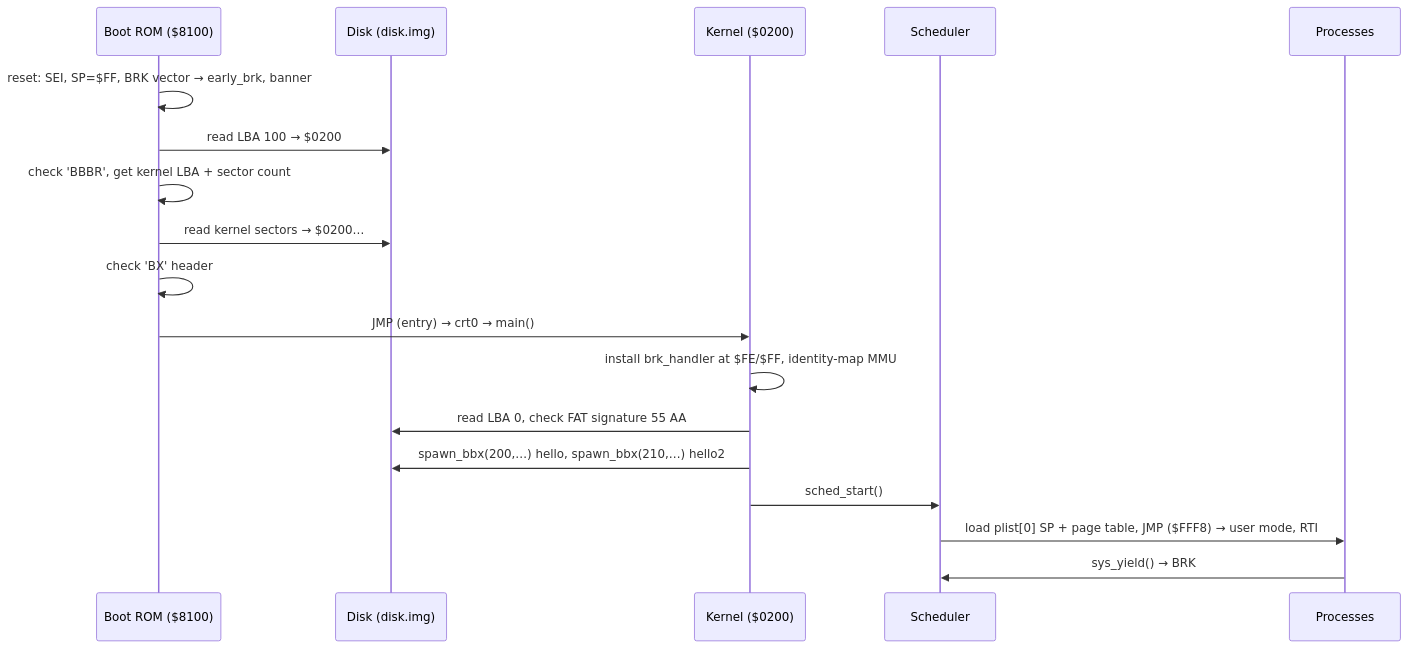
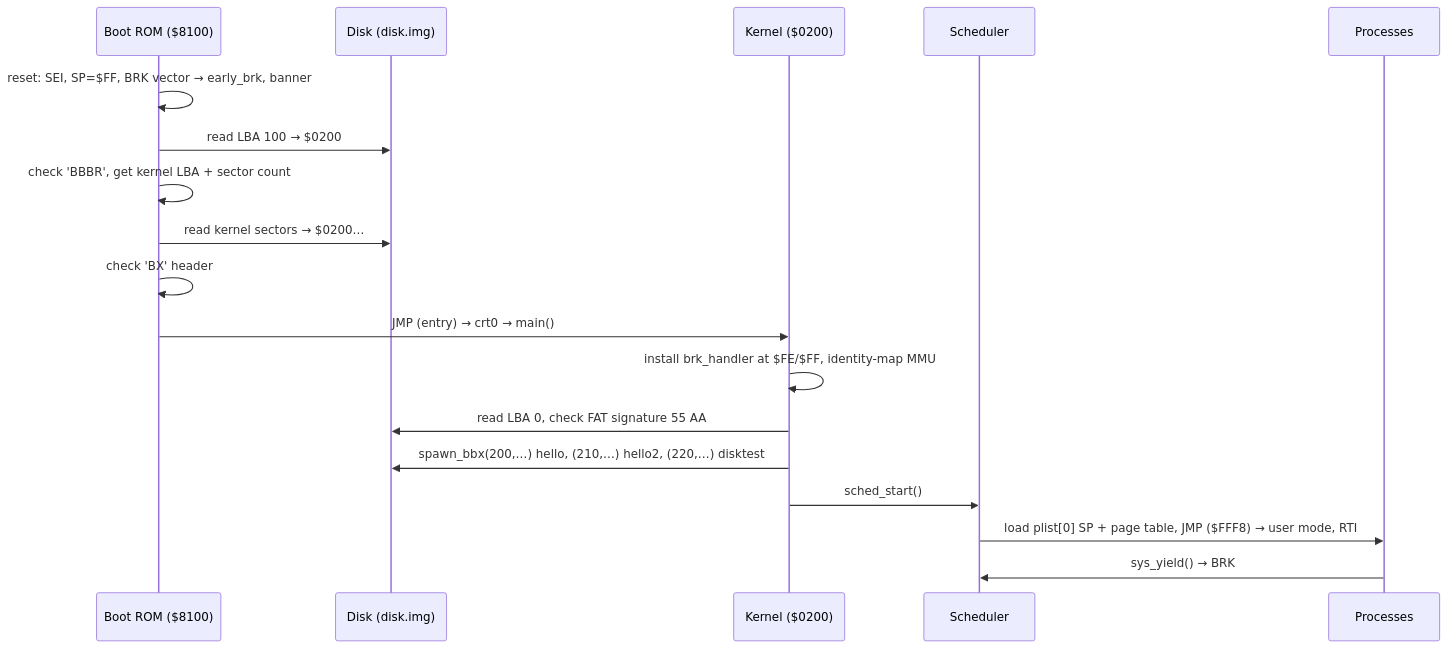
The diagram in docs/architecture.md (swarneel123bh-ux/BB6502_Verilog), drawn with Mermaid before and after one commit. The commit also changed other lines of this file and 12 other files, not shown here.

````diff
--- a/docs/architecture.md
+++ b/docs/architecture.md
@@ -34,20 +34,20 @@
 ```mermaid
 sequenceDiagram
     participant R as Boot ROM ($8100)
     participant D as Disk (disk.img)
     participant K as Kernel ($0200)
     participant S as Scheduler
     participant P as Processes
     R->>R: reset: SEI, SP=$FF, BRK vector → early_brk, banner
     R->>D: read LBA 100 → $0200
     R->>R: check 'BBBR', get kernel LBA + sector count
     R->>D: read kernel sectors → $0200…
     R->>R: check 'BX' header
     R->>K: JMP (entry) → crt0 → main()
     K->>K: install brk_handler at $FE/$FF, identity-map MMU
     K->>D: read LBA 0, check FAT signature 55 AA
-    K->>D: spawn_bbx(200,…) hello, spawn_bbx(210,…) hello2
+    K->>D: spawn_bbx(200,…) hello, (210,…) hello2, (220,…) disktest
     K->>S: sched_start()
     S->>P: load plist[0] SP + page table, JMP ($FFF8) → user mode, RTI
     P->>S: sys_yield() → BRK #0 → do_yield → next process
 ```
````
